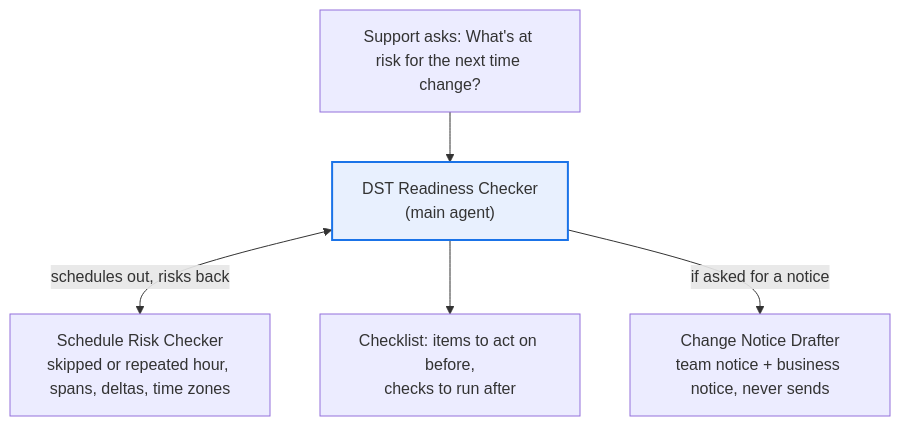
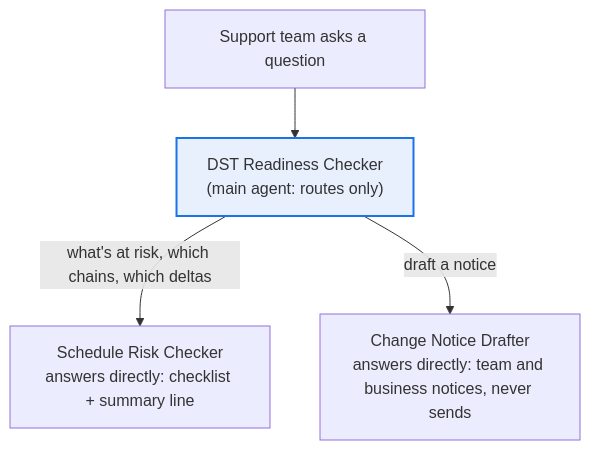
One commit to prachidevgaonkar/sap-bw-agents changed the diagram in dst-readiness-check/README.md. Above: the diagram before and after it, drawn with Mermaid. The commit also changed other lines of this file and 12 other files, not shown here.

````diff
--- a/dst-readiness-check/README.md
+++ b/dst-readiness-check/README.md
@@ -13,9 +15,8 @@
 ```mermaid
 flowchart TD
-    U["Support asks: What's at risk for the next time change?"] --> M["DST Readiness Checker<br/>(main agent)"]
-    M <-->|"schedules out, risks back"| C["Schedule Risk Checker<br/>skipped or repeated hour, spans, deltas, time zones"]
-    M --> T["Checklist: items to act on before,<br/>checks to run after"]
-    M -->|"if asked for a notice"| D["Change Notice Drafter<br/>team notice + business notice, never sends"]
+    U["Support team asks a question"] --> M["DST Readiness Checker<br/>(main agent: routes only)"]
+    M -->|"what's at risk, which chains, which deltas"| C["Schedule Risk Checker<br/>answers directly: checklist + summary line"]
+    M -->|"draft a notice"| D["Change Notice Drafter<br/>answers directly: team and business notices, never sends"]
     classDef main fill:#e8f0fe,stroke:#1a73e8,stroke-width:2px
     class M main
 ```
````
